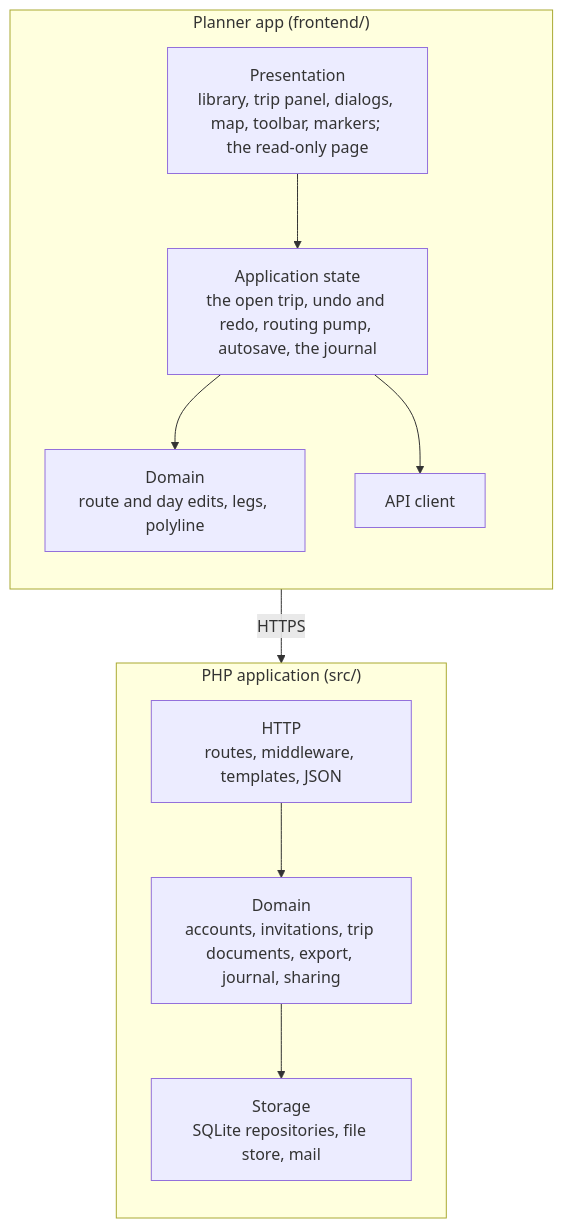
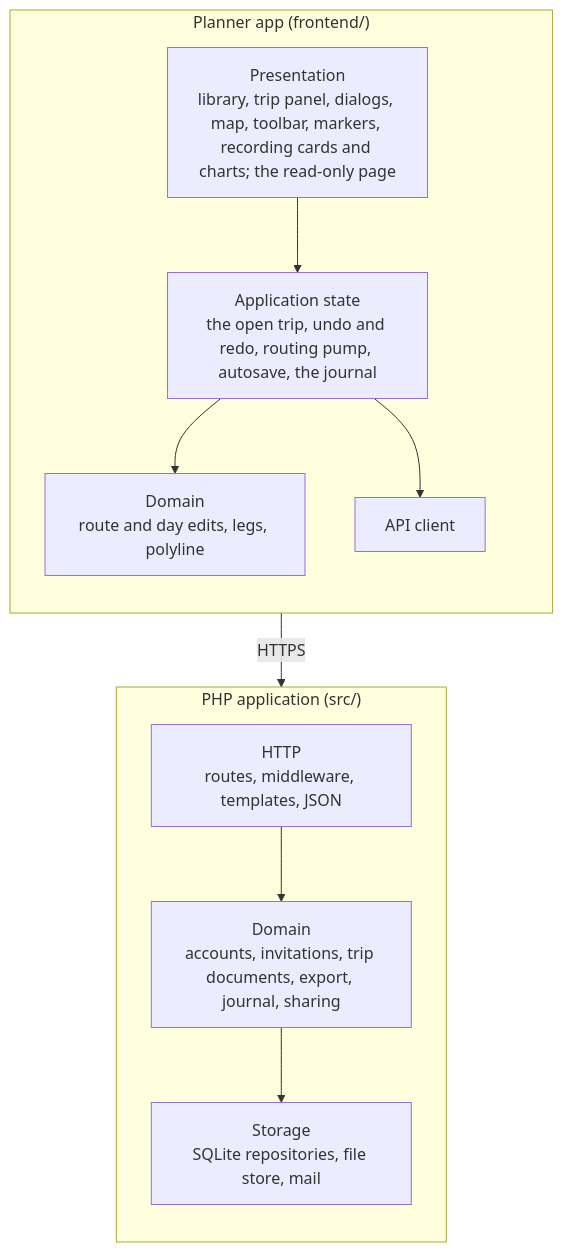
The second of 3 diagrams in .github/architecture.md (c0dev0id/TripPlanner), drawn with Mermaid before and after one commit. The commit also changed other lines of this file and 18 other files, not shown here.

First line of the commit message:
Open a recording's figures over the map

````diff
--- a/.github/architecture.md
+++ b/.github/architecture.md
@@ -42,20 +42,20 @@
 ```mermaid
 flowchart TB
   subgraph frontend["Planner app (frontend/)"]
     direction TB
-    ui["Presentation<br/>library, trip panel, dialogs, map, toolbar, markers; the read-only page"]
+    ui["Presentation<br/>library, trip panel, dialogs, map, toolbar, markers, recording cards and charts; the read-only page"]
     state["Application state<br/>the open trip, undo and redo, routing pump, autosave, the journal"]
     fdomain["Domain<br/>route and day edits, legs, polyline"]
     client["API client"]
     ui --> state --> fdomain
     state --> client
   end
   subgraph backend["PHP application (src/)"]
     direction TB
     http["HTTP<br/>routes, middleware, templates, JSON"]
     domain["Domain<br/>accounts, invitations, trip documents, export, journal, sharing"]
     storage["Storage<br/>SQLite repositories, file store, mail"]
     http --> domain --> storage
   end
   client -->|HTTPS| http
 ```
````
